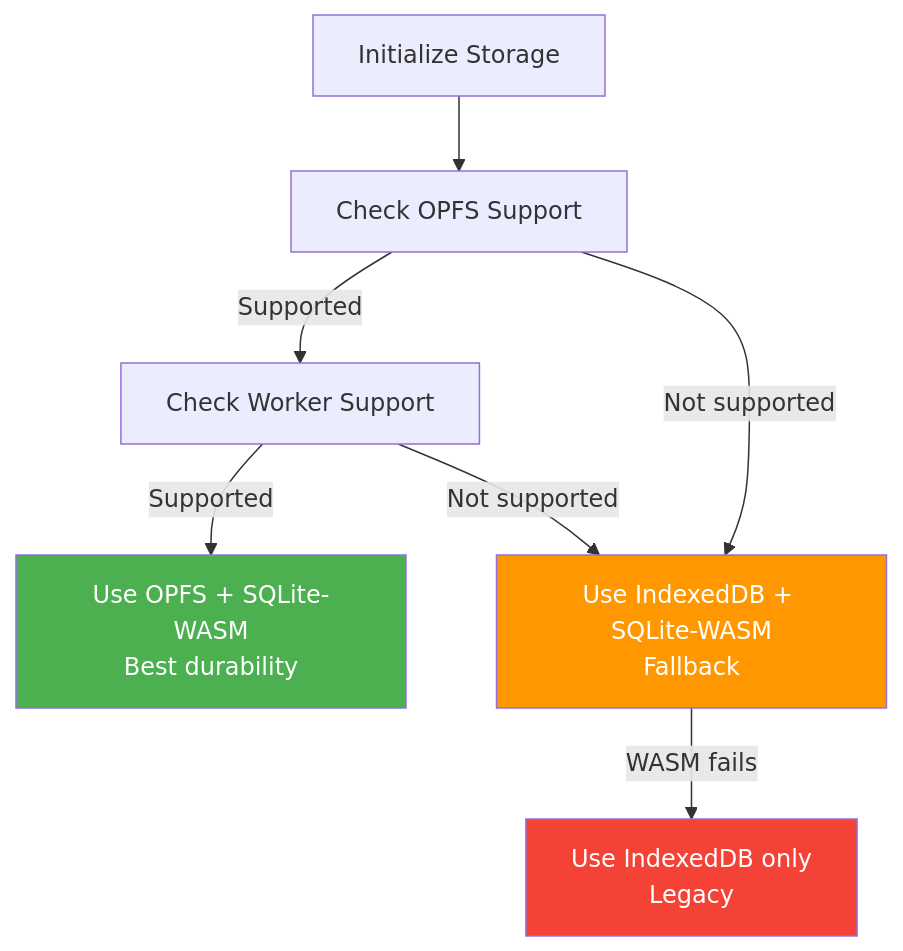
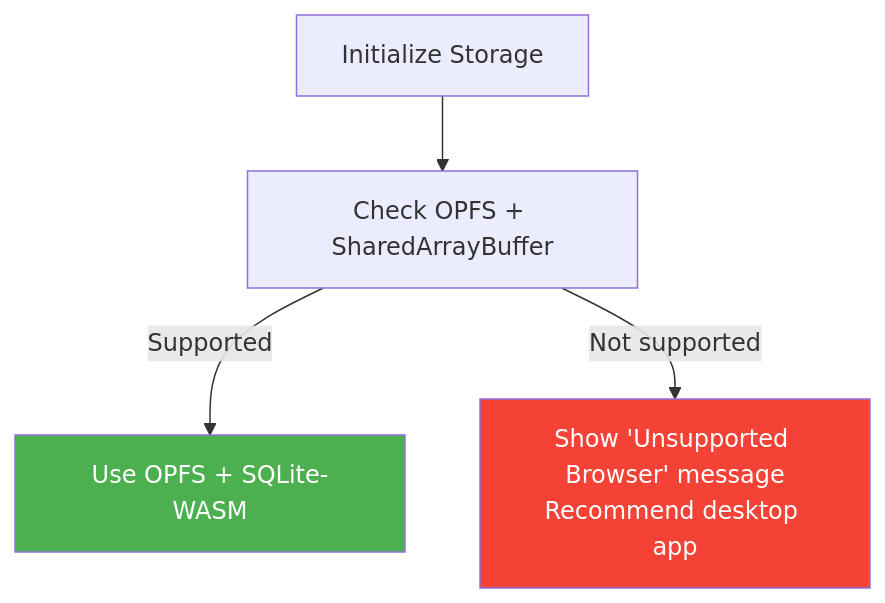
The ninth of 16 diagrams in docs/explorations/0072_INDEXEDDB_TO_SQLITE_MIGRATION.md (crs48/xNet), drawn with Mermaid before and after one commit. The commit also changed other lines of this file, not shown here.

First line of the commit message:
docs(exploration): remove IDB fallback and sync_state table

````diff
--- a/docs/explorations/0072_INDEXEDDB_TO_SQLITE_MIGRATION.md
+++ b/docs/explorations/0072_INDEXEDDB_TO_SQLITE_MIGRATION.md
@@ -321,21 +323,15 @@
 ```mermaid
 flowchart TD
     Start["Initialize Storage"]
-    CheckOPFS["Check OPFS Support"]
-    CheckWorker["Check Worker Support"]
+    CheckOPFS["Check OPFS + SharedArrayBuffer"]
 
-    UseOPFS["Use OPFS + SQLite-WASM<br/>Best durability"]
-    UseIDB["Use IndexedDB + SQLite-WASM<br/>Fallback"]
-    UseIDBOnly["Use IndexedDB only<br/>Legacy"]
+    UseOPFS["Use OPFS + SQLite-WASM"]
+    Unsupported["Show 'Unsupported Browser' message<br/>Recommend desktop app"]
 
     Start --> CheckOPFS
-    CheckOPFS -->|"Supported"| CheckWorker
-    CheckOPFS -->|"Not supported"| UseIDB
-    CheckWorker -->|"Supported"| UseOPFS
-    CheckWorker -->|"Not supported"| UseIDB
-    UseIDB -->|"WASM fails"| UseIDBOnly
+    CheckOPFS -->|"Supported"| UseOPFS
+    CheckOPFS -->|"Not supported"| Unsupported
 
     style UseOPFS fill:#4caf50,color:#fff
-    style UseIDB fill:#ff9800,color:#fff
-    style UseIDBOnly fill:#f44336,color:#fff
+    style Unsupported fill:#f44336,color:#fff
 ```
````
